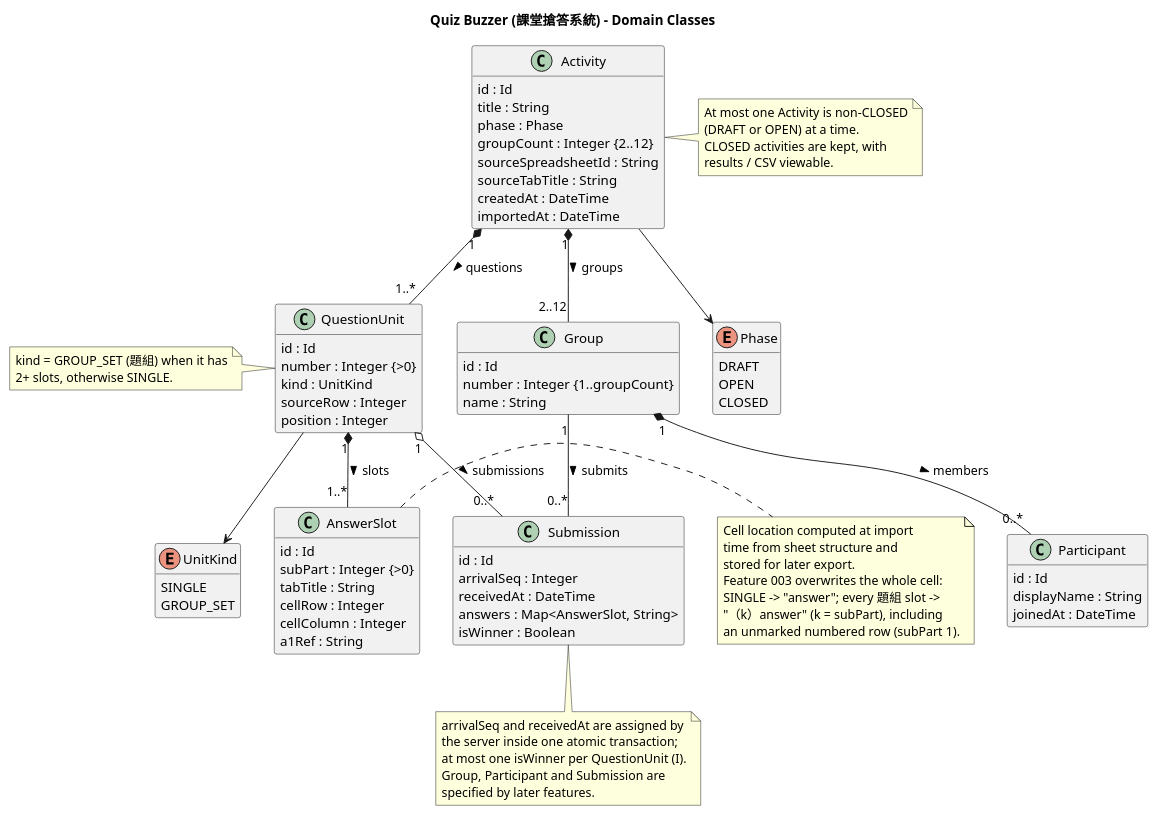
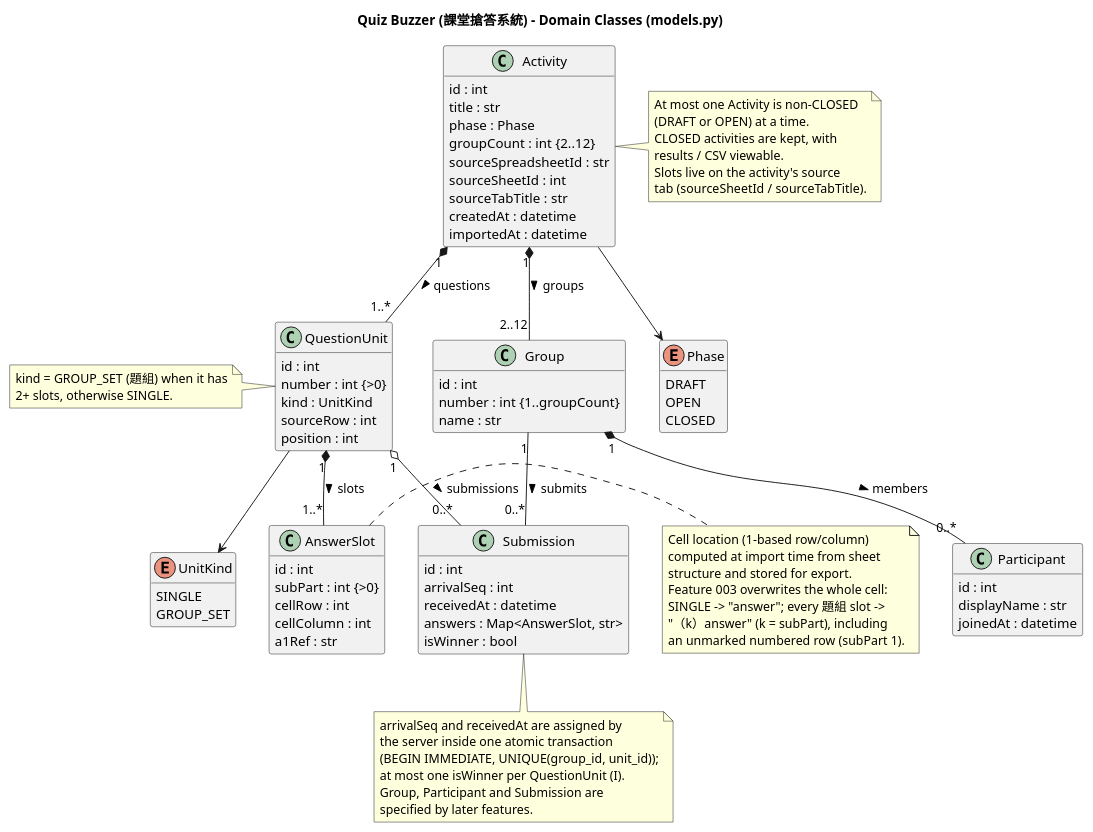
One commit to WasabiSaikou/quiz-buzzer changed the diagram in diagrams/domain-class.puml. Above: the diagram before and after it, drawn with PlantUML. The commit also changed 16 other files, not shown here.

```diff
--- a/diagrams/domain-class.puml
+++ b/diagrams/domain-class.puml
@@ -1,105 +1,108 @@
 @startuml domain-class
-title Quiz Buzzer (課堂搶答系統) - Domain Classes
+title Quiz Buzzer (課堂搶答系統) - Domain Classes (models.py)
 
 skinparam shadowing false
 skinparam defaultFontName "Microsoft JhengHei"
 hide empty methods
 
 enum Phase {
   DRAFT
   OPEN
   CLOSED
 }
 
 enum UnitKind {
   SINGLE
   GROUP_SET
 }
 
 class Activity {
-  id : Id
-  title : String
+  id : int
+  title : str
   phase : Phase
-  groupCount : Integer {2..12}
-  sourceSpreadsheetId : String
-  sourceTabTitle : String
-  createdAt : DateTime
-  importedAt : DateTime
+  groupCount : int {2..12}
+  sourceSpreadsheetId : str
+  sourceSheetId : int
+  sourceTabTitle : str
+  createdAt : datetime
+  importedAt : datetime
 }
 
 class QuestionUnit {
-  id : Id
-  number : Integer {>0}
+  id : int
+  number : int {>0}
   kind : UnitKind
-  sourceRow : Integer
-  position : Integer
+  sourceRow : int
+  position : int
 }
 
 class AnswerSlot {
-  id : Id
-  subPart : Integer {>0}
-  tabTitle : String
-  cellRow : Integer
-  cellColumn : Integer
-  a1Ref : String
+  id : int
+  subPart : int {>0}
+  cellRow : int
+  cellColumn : int
+  a1Ref : str
 }
 
 class Group {
-  id : Id
-  number : Integer {1..groupCount}
-  name : String
+  id : int
+  number : int {1..groupCount}
+  name : str
 }
 
 class Participant {
-  id : Id
-  displayName : String
-  joinedAt : DateTime
+  id : int
+  displayName : str
+  joinedAt : datetime
 }
 
 class Submission {
-  id : Id
-  arrivalSeq : Integer
-  receivedAt : DateTime
-  answers : Map<AnswerSlot, String>
-  isWinner : Boolean
+  id : int
+  arrivalSeq : int
+  receivedAt : datetime
+  answers : Map<AnswerSlot, str>
+  isWinner : bool
 }
 
 Activity "1" *-- "1..*" QuestionUnit : questions >
 QuestionUnit "1" *-- "1..*" AnswerSlot : slots >
 Activity "1" *-- "2..12" Group : groups >
 Group "1" *-- "0..*" Participant : members >
 QuestionUnit "1" o-- "0..*" Submission : submissions >
 Group "1" -- "0..*" Submission : submits >
 Activity --> Phase
 QuestionUnit --> UnitKind
 
+note right of Activity
+  At most one Activity is non-CLOSED
+  (DRAFT or OPEN) at a time.
+  CLOSED activities are kept, with
+  results / CSV viewable.
+  Slots live on the activity's source
+  tab (sourceSheetId / sourceTabTitle).
+end note
+
 note right of AnswerSlot
-  Cell location computed at import
-  time from sheet structure and
-  stored for later export.
+  Cell location (1-based row/column)
+  computed at import time from sheet
+  structure and stored for export.
   Feature 003 overwrites the whole cell:
   SINGLE -> "answer"; every 題組 slot ->
   "（k）answer" (k = subPart), including
   an unmarked numbered row (subPart 1).
 end note
 
 note bottom of Submission
   arrivalSeq and receivedAt are assigned by
-  the server inside one atomic transaction;
+  the server inside one atomic transaction
+  (BEGIN IMMEDIATE, UNIQUE(group_id, unit_id));
   at most one isWinner per QuestionUnit (I).
   Group, Participant and Submission are
   specified by later features.
-end note
-
-note right of Activity
-  At most one Activity is non-CLOSED
-  (DRAFT or OPEN) at a time.
-  CLOSED activities are kept, with
-  results / CSV viewable.
 end note
 
 note left of QuestionUnit
   kind = GROUP_SET (題組) when it has
   2+ slots, otherwise SINGLE.
 end note
 @enduml
```
